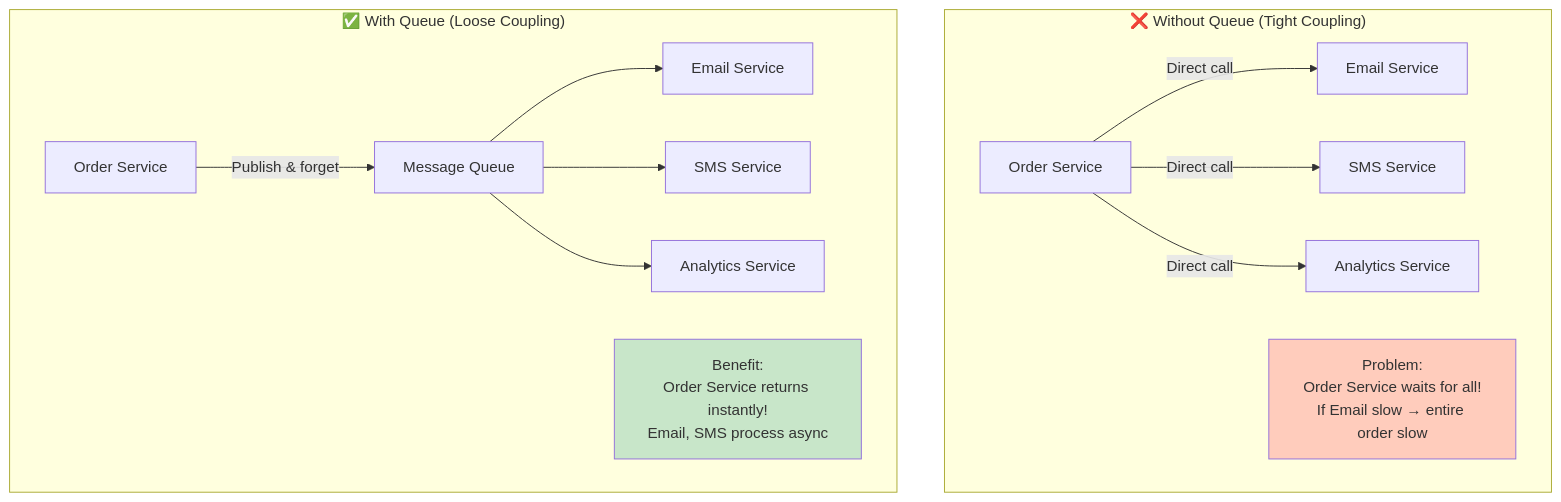
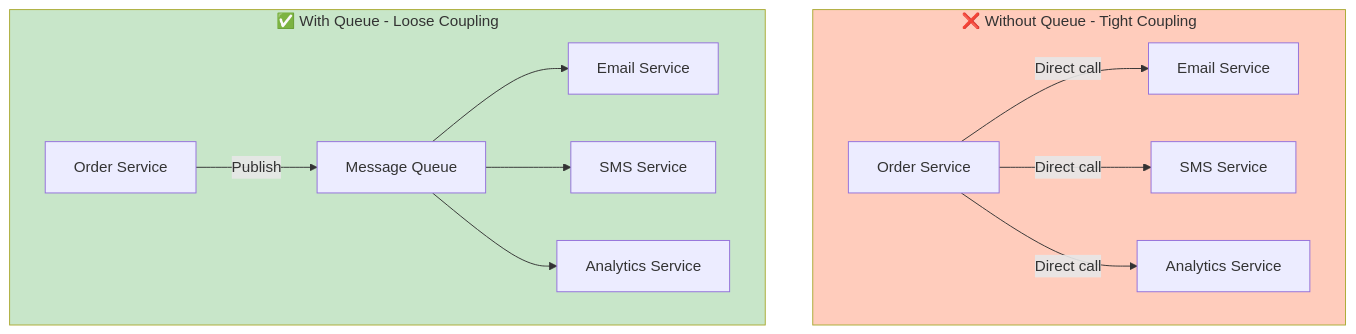
Before and after one commit to p1kmr/for-reading: the second of 11 diagrams in HLD/foundation/04_message-queues.md, drawn with Mermaid. The commit also changed other lines of this file and 2 other files, not shown here.

Commit message:
Fix Mermaid rendering issues in Databases and Message Queues guides by simplifying complex diagrams

````diff
--- a/HLD/foundation/04_message-queues.md
+++ b/HLD/foundation/04_message-queues.md
@@ -34,28 +32,24 @@
 ```mermaid
 graph TB
-    subgraph "❌ Without Queue (Tight Coupling)"
+    subgraph Without_Queue[❌ Without Queue - Tight Coupling]
         Service1[Order Service] -->|Direct call| Service2[Email Service]
         Service1 -->|Direct call| Service3[SMS Service]
         Service1 -->|Direct call| Service4[Analytics Service]
-
-        Problem1[Problem:<br/>Order Service waits for all!<br/>If Email slow → entire order slow]
     end
 
-    subgraph "✅ With Queue (Loose Coupling)"
+    subgraph With_Queue[✅ With Queue - Loose Coupling]
         ServiceA[Order Service]
         QueueA[Message Queue]
         EmailA[Email Service]
         SMSA[SMS Service]
         AnalyticsA[Analytics Service]
 
-        ServiceA -->|Publish & forget| QueueA
+        ServiceA -->|Publish| QueueA
         QueueA --> EmailA
         QueueA --> SMSA
         QueueA --> AnalyticsA
-
-        Benefit1[Benefit:<br/>Order Service returns instantly!<br/>Email, SMS process async]
     end
 
-    style Problem1 fill:#ffccbc
-    style Benefit1 fill:#c8e6c9
+    style Without_Queue fill:#ffccbc
+    style With_Queue fill:#c8e6c9
 ```
````
